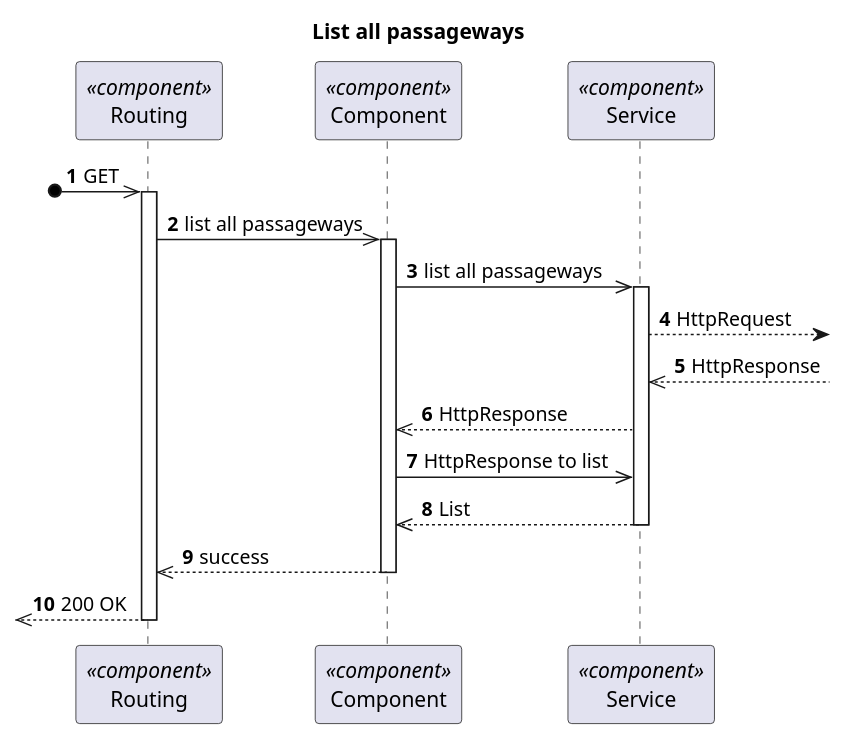
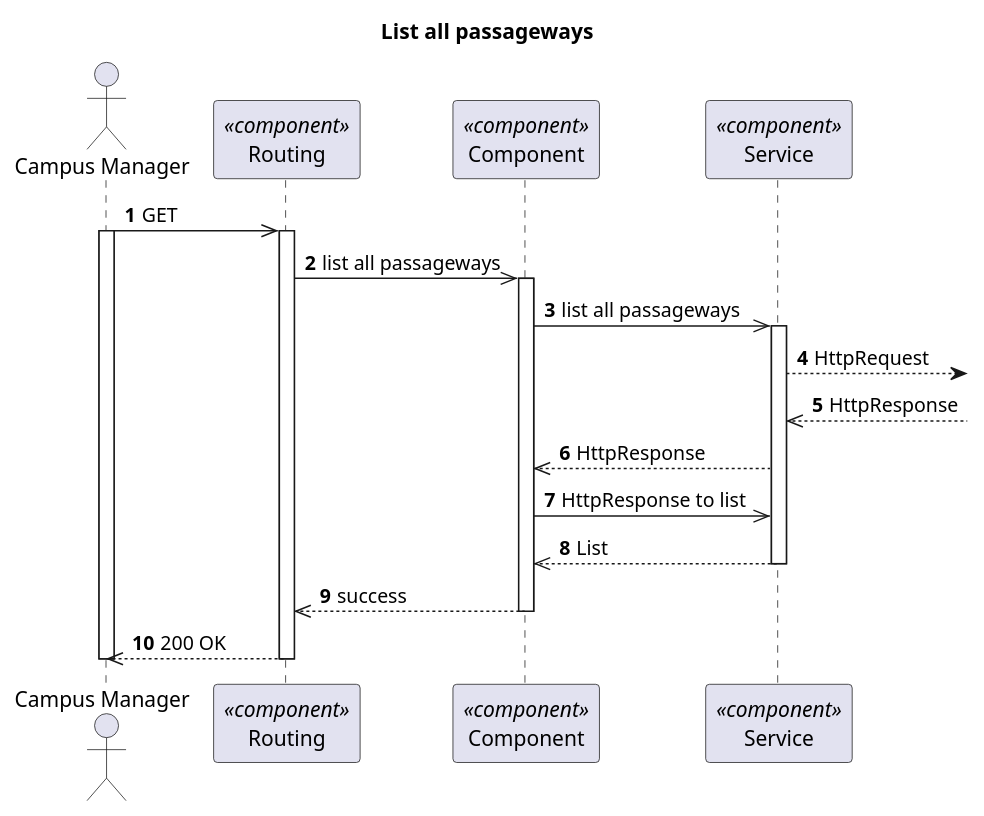
The diagram in docs/VistaProcesso/US260(1190)/Visualization/ProcessView_Level3_US1190.puml (1210910/lapr5), drawn with PlantUML before and after one commit. The commit also changed 14 other files, not shown here.

Commit message:
Fixed diagrams (actor)

```diff
--- a/docs/VistaProcesso/US260(1190)/Visualization/ProcessView_Level3_US1190.puml
+++ b/docs/VistaProcesso/US260(1190)/Visualization/ProcessView_Level3_US1190.puml
@@ -1,35 +1,38 @@
 @startuml Process View - Level 3 - List all passageways
 'https://plantuml.com/sequence-diagram
 
 autonumber
 skinparam packageStyle rect
 
 title List all passageways
 
+actor "Campus Manager" as CM
 participant "Routing" as routing <<component>>
 participant "Component" as comp <<component>>
 participant "Service" as service <<component>>
 
 
-?o->> routing : GET
+CM->> routing : GET
+activate CM
 activate routing
 routing ->> comp : list all passageways
 
 activate comp
 comp ->> service : list all passageways
 
 activate service
 service --> : HttpRequest
 service<<--  : HttpResponse
 comp <<-- service : HttpResponse
 comp ->> service: HttpResponse to list
 comp <<-- service : List
 deactivate service
 
 comp -->> routing : success
 deactivate comp
 
-?o<<-- routing : 200 OK
+CM<<-- routing : 200 OK
 deactivate routing
+deactivate CM
 
 @enduml
```
